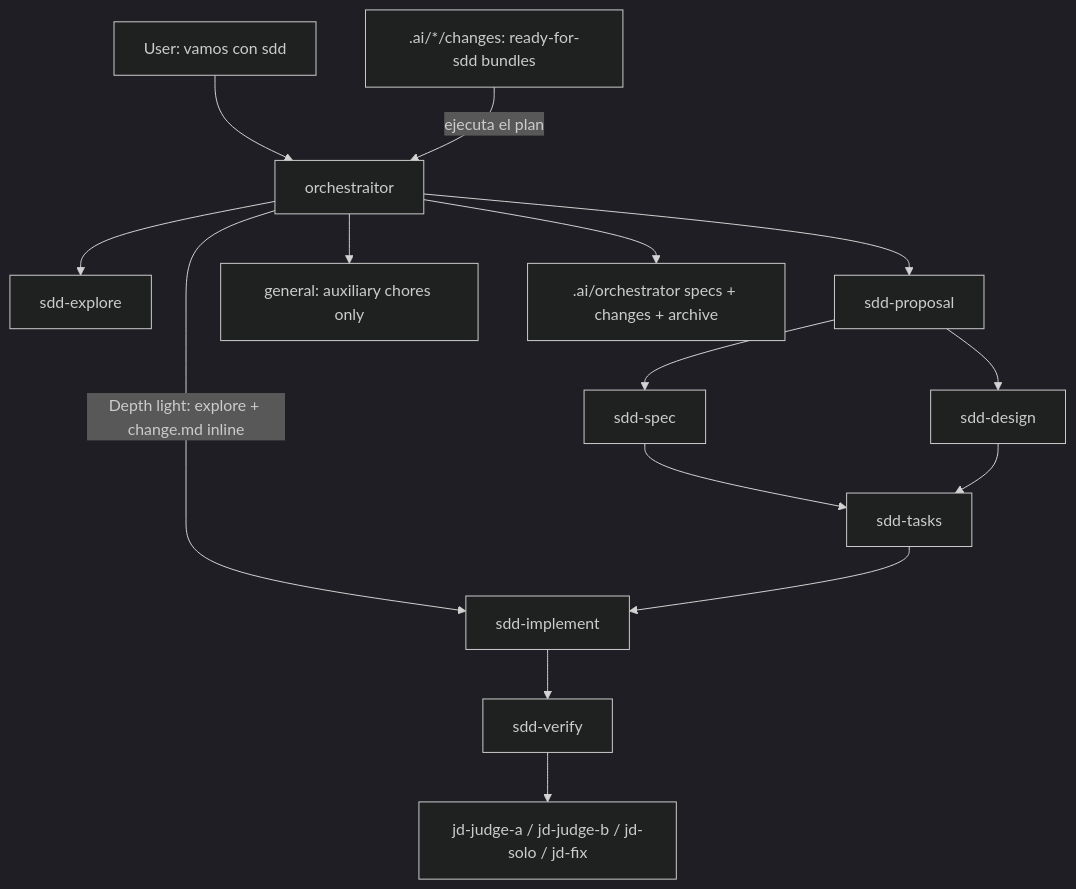
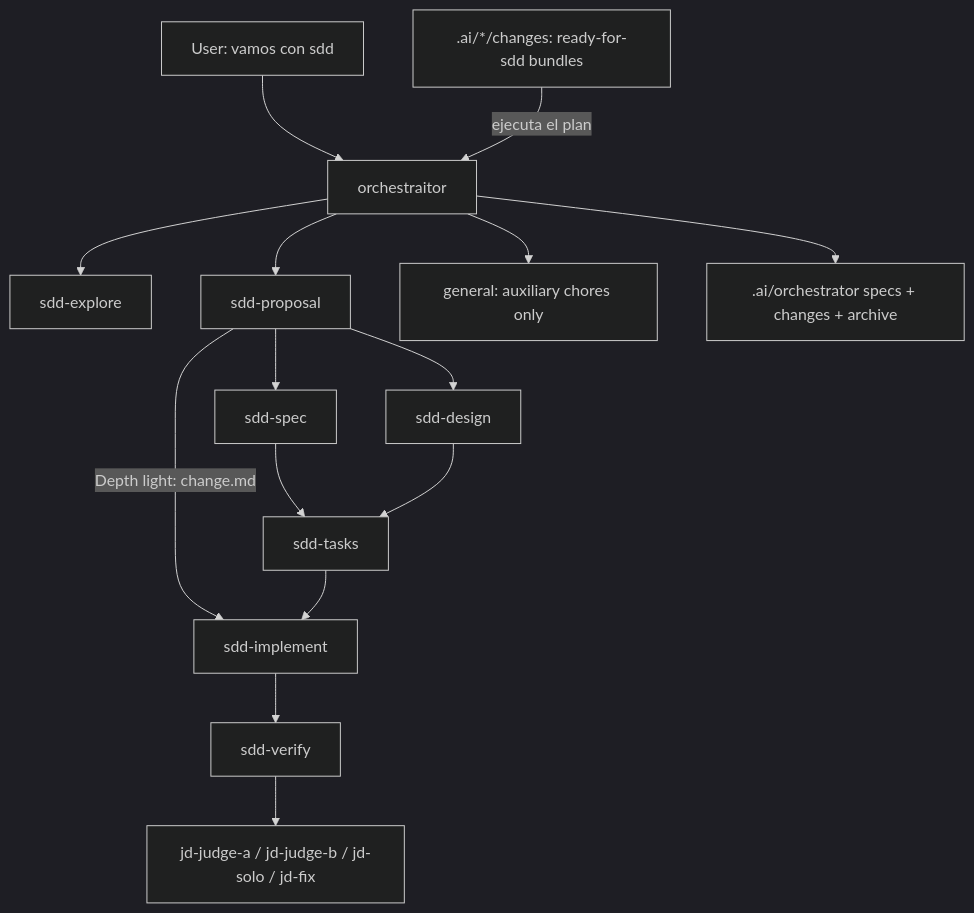
Before and after one commit to andresnator/agents-orchestrator: the first of 2 diagrams in domains/sdd/README.md, drawn with Mermaid (dark theme). The commit also changed other lines of this file and 49 other files, not shown here.

````diff
--- a/domains/sdd/README.md
+++ b/domains/sdd/README.md
@@ -48,17 +50,17 @@
 ```mermaid
 graph TD
   user[User: vamos con sdd] --> orch[orchestraitor]
   intake[".ai/*/changes: ready-for-sdd bundles"] -->|ejecuta el plan| orch
   orch --> explore[sdd-explore]
-  orch -->|Depth light: explore + change.md inline| implement
   orch --> proposal[sdd-proposal]
+  proposal -->|Depth light: change.md| implement
   proposal --> spec[sdd-spec]
   proposal --> design[sdd-design]
   spec --> tasks[sdd-tasks]
   design --> tasks
   tasks --> implement[sdd-implement]
   implement --> verify[sdd-verify]
   verify --> jd[jd-judge-a / jd-judge-b / jd-solo / jd-fix]
   orch --> aux[general: auxiliary chores only]
   orch --> files[.ai/orchestrator specs + changes + archive]
 ```
````
